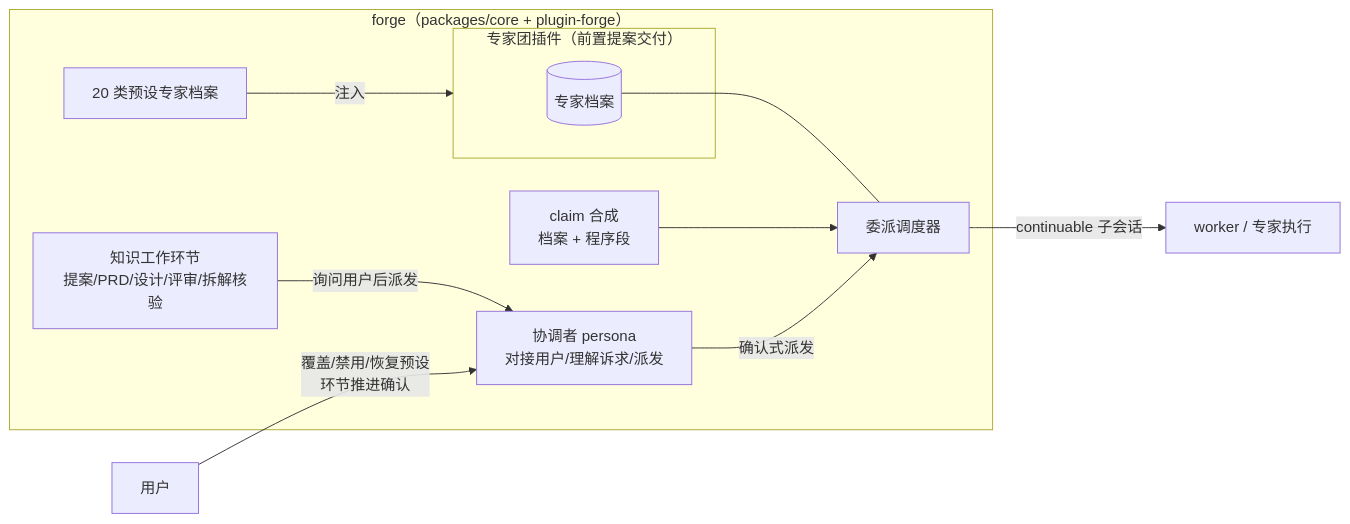
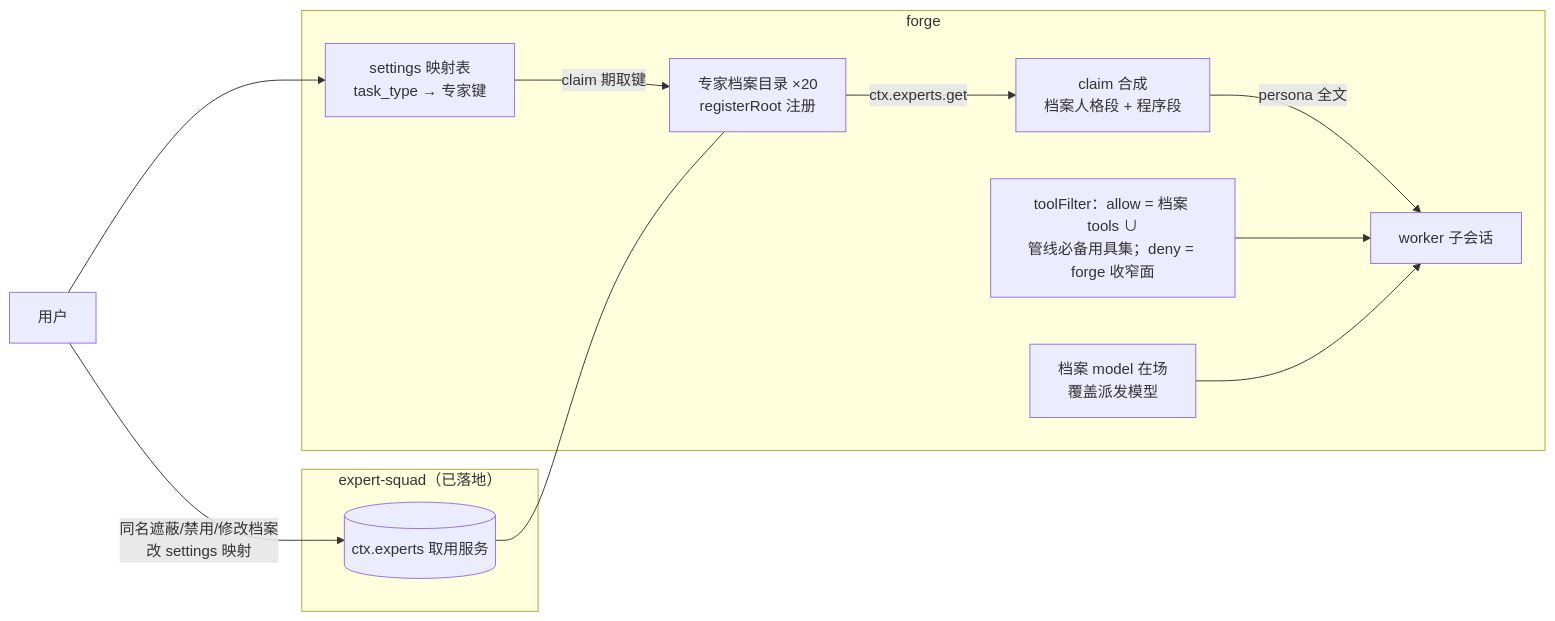
Before and after one commit to bigfaner/dsh-forge: the diagram in .forge/docs/proposals/expert-squad-forge/proposal.md, drawn with Mermaid. The commit also changed other lines of this file and 12 other files, not shown here.

First line of the commit message:
﻿refactor(expert-squad): 1.22 「默认 Agent 选项」迁移插件详情页（plugins.bundle.config 单入口）

````diff
--- a/.forge/docs/proposals/expert-squad-forge/proposal.md
+++ b/.forge/docs/proposals/expert-squad-forge/proposal.md
@@ -36,14 +37,16 @@
 ```mermaid
 flowchart LR
-    subgraph forge["forge（packages/core + plugin-forge）"]
-        P[20 类预设专家档案] -->|注入| ES
-        CO[协调者 persona<br/>对接用户/理解诉求/派发] -->|确认式派发| DP
-        K[知识工作环节<br/>提案/PRD/设计/评审/拆解核验] -->|询问用户后派发| CO
-        C[claim 合成<br/>档案 + 程序段] --> DP
+    subgraph forge["forge"]
+        MAP[settings 映射表<br/>task_type → 专家键] -->|claim 期取键| F
+        F[专家档案目录 ×20<br/>registerRoot 注册] -->|ctx.experts.get| C
+        C[claim 合成<br/>档案人格段 + 程序段] -->|persona 全文| W
+        TF[toolFilter：allow = 档案 tools ∪<br/>管线必备用具集；deny = forge 收窄面] --> W
+        M[档案 model 在场<br/>覆盖派发模型] --> W
     end
-    subgraph ES["专家团插件（前置提案交付）"]
-        S[(专家档案)] --- DP[委派调度器]
+    subgraph ES["expert-squad（已落地）"]
+        S[(ctx.experts 取用服务)] --- F
     end
-    U[用户] -->|覆盖/禁用/恢复预设<br/>环节推进确认| CO
-    DP -->|continuable 子会话| W[worker / 专家执行]
+    U[用户] -->|同名遮蔽/禁用/修改档案<br/>改 settings 映射| S
+    U --> MAP
+    W[worker 子会话]
 ```
````
